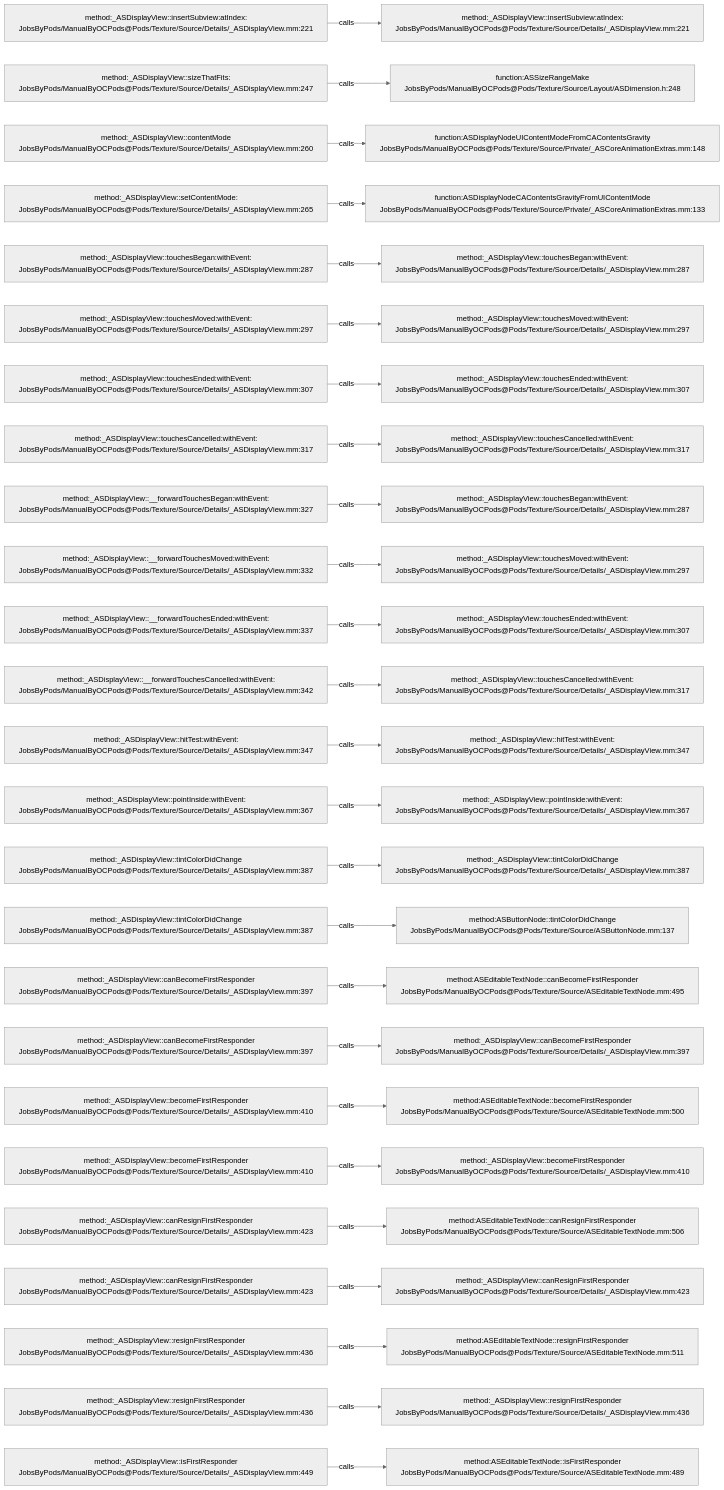
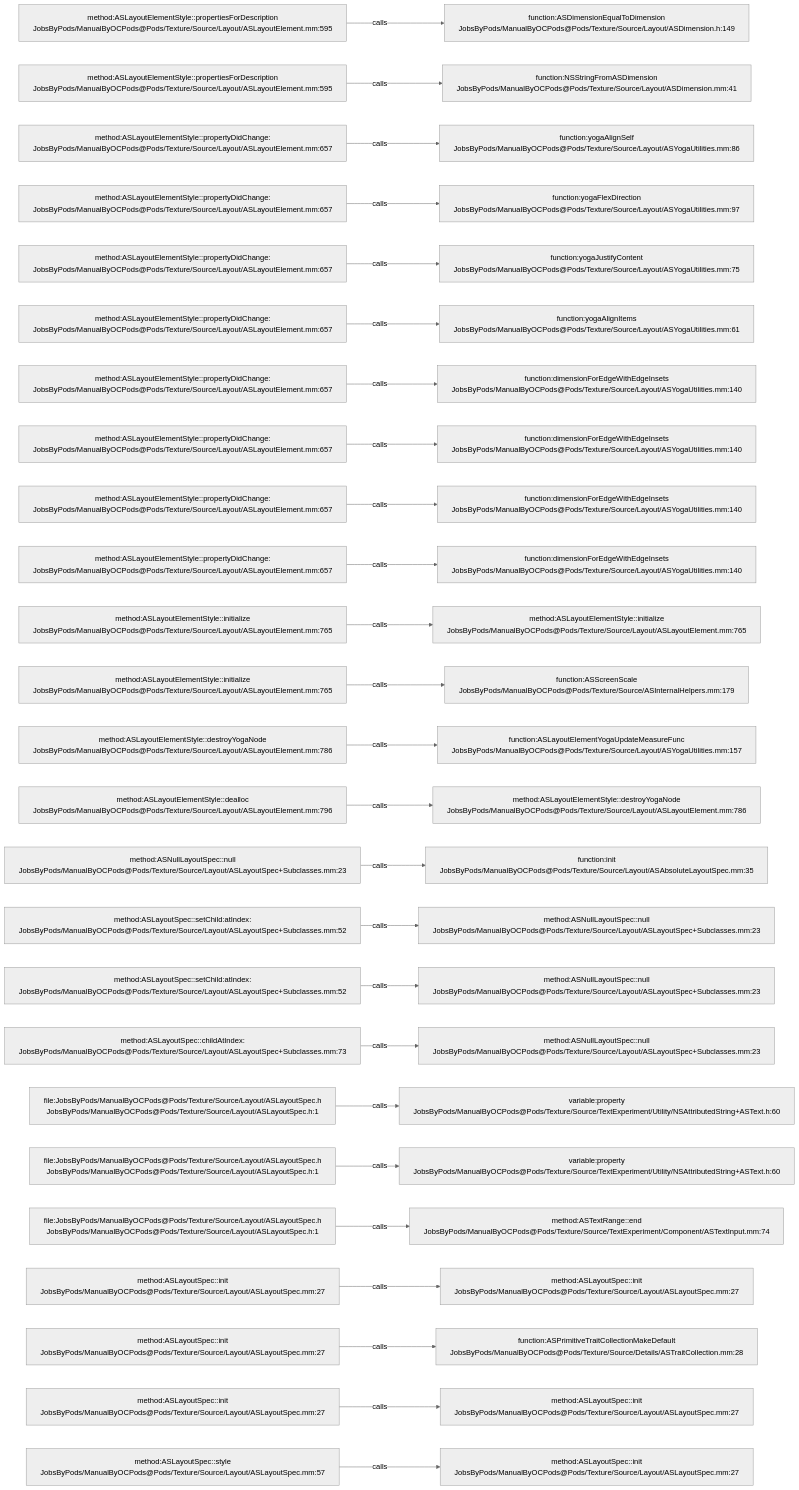
Before and after one commit to JobsKits/JobsOCBaseConfigDemo: the diagram in .codegraph/codegraph.md/graphs/calls-164.md, drawn with Mermaid (neutral theme). The commit also changed 2723 other files, not shown here.

````diff
--- a/.codegraph/codegraph.md/graphs/calls-164.md
+++ b/.codegraph/codegraph.md/graphs/calls-164.md
@@ -13,78 +13,78 @@
 ```mermaid
 flowchart LR
-  S1["method:_ASDisplayView::insertSubview:atIndex:<br/>JobsByPods/ManualByOCPods@Pods/Texture/Source/Details/_ASDisplayView.mm:221"]
-  T1["method:_ASDisplayView::insertSubview:atIndex:<br/>JobsByPods/ManualByOCPods@Pods/Texture/Source/Details/_ASDisplayView.mm:221"]
+  S1["method:ASLayoutElementStyle::propertiesForDescription<br/>JobsByPods/ManualByOCPods@Pods/Texture/Source/Layout/ASLayoutElement.mm:595"]
+  T1["function:ASDimensionEqualToDimension<br/>JobsByPods/ManualByOCPods@Pods/Texture/Source/Layout/ASDimension.h:149"]
   S1 -->|calls| T1
-  S2["method:_ASDisplayView::sizeThatFits:<br/>JobsByPods/ManualByOCPods@Pods/Texture/Source/Details/_ASDisplayView.mm:247"]
-  T2["function:ASSizeRangeMake<br/>JobsByPods/ManualByOCPods@Pods/Texture/Source/Layout/ASDimension.h:248"]
+  S2["method:ASLayoutElementStyle::propertiesForDescription<br/>JobsByPods/ManualByOCPods@Pods/Texture/Source/Layout/ASLayoutElement.mm:595"]
+  T2["function:NSStringFromASDimension<br/>JobsByPods/ManualByOCPods@Pods/Texture/Source/Layout/ASDimension.mm:41"]
   S2 -->|calls| T2
-  S3["method:_ASDisplayView::contentMode<br/>JobsByPods/ManualByOCPods@Pods/Texture/Source/Details/_ASDisplayView.mm:260"]
-  T3["function:ASDisplayNodeUIContentModeFromCAContentsGravity<br/>JobsByPods/ManualByOCPods@Pods/Texture/Source/Private/_ASCoreAnimationExtras.mm:148"]
+  S3["method:ASLayoutElementStyle::propertyDidChange:<br/>JobsByPods/ManualByOCPods@Pods/Texture/Source/Layout/ASLayoutElement.mm:657"]
+  T3["function:yogaAlignSelf<br/>JobsByPods/ManualByOCPods@Pods/Texture/Source/Layout/ASYogaUtilities.mm:86"]
   S3 -->|calls| T3
-  S4["method:_ASDisplayView::setContentMode:<br/>JobsByPods/ManualByOCPods@Pods/Texture/Source/Details/_ASDisplayView.mm:265"]
-  T4["function:ASDisplayNodeCAContentsGravityFromUIContentMode<br/>JobsByPods/ManualByOCPods@Pods/Texture/Source/Private/_ASCoreAnimationExtras.mm:133"]
+  S4["method:ASLayoutElementStyle::propertyDidChange:<br/>JobsByPods/ManualByOCPods@Pods/Texture/Source/Layout/ASLayoutElement.mm:657"]
+  T4["function:yogaFlexDirection<br/>JobsByPods/ManualByOCPods@Pods/Texture/Source/Layout/ASYogaUtilities.mm:97"]
   S4 -->|calls| T4
-  S5["method:_ASDisplayView::touchesBegan:withEvent:<br/>JobsByPods/ManualByOCPods@Pods/Texture/Source/Details/_ASDisplayView.mm:287"]
-  T5["method:_ASDisplayView::touchesBegan:withEvent:<br/>JobsByPods/ManualByOCPods@Pods/Texture/Source/Details/_ASDisplayView.mm:287"]
+  S5["method:ASLayoutElementStyle::propertyDidChange:<br/>JobsByPods/ManualByOCPods@Pods/Texture/Source/Layout/ASLayoutElement.mm:657"]
+  T5["function:yogaJustifyContent<br/>JobsByPods/ManualByOCPods@Pods/Texture/Source/Layout/ASYogaUtilities.mm:75"]
   S5 -->|calls| T5
-  S6["method:_ASDisplayView::touchesMoved:withEvent:<br/>JobsByPods/ManualByOCPods@Pods/Texture/Source/Details/_ASDisplayView.mm:297"]
-  T6["method:_ASDisplayView::touchesMoved:withEvent:<br/>JobsByPods/ManualByOCPods@Pods/Texture/Source/Details/_ASDisplayView.mm:297"]
+  S6["method:ASLayoutElementStyle::propertyDidChange:<br/>JobsByPods/ManualByOCPods@Pods/Texture/Source/Layout/ASLayoutElement.mm:657"]
+  T6["function:yogaAlignItems<br/>JobsByPods/ManualByOCPods@Pods/Texture/Source/Layout/ASYogaUtilities.mm:61"]
   S6 -->|calls| T6
-  S7["method:_ASDisplayView::touchesEnded:withEvent:<br/>JobsByPods/ManualByOCPods@Pods/Texture/Source/Details/_ASDisplayView.mm:307"]
-  T7["method:_ASDisplayView::touchesEnded:withEvent:<br/>JobsByPods/ManualByOCPods@Pods/Texture/Source/Details/_ASDisplayView.mm:307"]
+  S7["method:ASLayoutElementStyle::propertyDidChange:<br/>JobsByPods/ManualByOCPods@Pods/Texture/Source/Layout/ASLayoutElement.mm:657"]
+  T7["function:dimensionForEdgeWithEdgeInsets<br/>JobsByPods/ManualByOCPods@Pods/Texture/Source/Layout/ASYogaUtilities.mm:140"]
   S7 -->|calls| T7
-  S8["method:_ASDisplayView::touchesCancelled:withEvent:<br/>JobsByPods/ManualByOCPods@Pods/Texture/Source/Details/_ASDisplayView.mm:317"]
-  T8["method:_ASDisplayView::touchesCancelled:withEvent:<br/>JobsByPods/ManualByOCPods@Pods/Texture/Source/Details/_ASDisplayView.mm:317"]
+  S8["method:ASLayoutElementStyle::propertyDidChange:<br/>JobsByPods/ManualByOCPods@Pods/Texture/Source/Layout/ASLayoutElement.mm:657"]
+  T8["function:dimensionForEdgeWithEdgeInsets<br/>JobsByPods/ManualByOCPods@Pods/Texture/Source/Layout/ASYogaUtilities.mm:140"]
   S8 -->|calls| T8
-  S9["method:_ASDisplayView::__forwardTouchesBegan:withEvent:<br/>JobsByPods/ManualByOCPods@Pods/Texture/Source/Details/_ASDisplayView.mm:327"]
-  T9["method:_ASDisplayView::touchesBegan:withEvent:<br/>JobsByPods/ManualByOCPods@Pods/Texture/Source/Details/_ASDisplayView.mm:287"]
+  S9["method:ASLayoutElementStyle::propertyDidChange:<br/>JobsByPods/ManualByOCPods@Pods/Texture/Source/Layout/ASLayoutElement.mm:657"]
+  T9["function:dimensionForEdgeWithEdgeInsets<br/>JobsByPods/ManualByOCPods@Pods/Texture/Source/Layout/ASYogaUtilities.mm:140"]
   S9 -->|calls| T9
-  S10["method:_ASDisplayView::__forwardTouchesMoved:withEvent:<br/>JobsByPods/ManualByOCPods@Pods/Texture/Source/Details/_ASDisplayView.mm:332"]
-  T10["method:_ASDisplayView::touchesMoved:withEvent:<br/>JobsByPods/ManualByOCPods@Pods/Texture/Source/Details/_ASDisplayView.mm:297"]
+  S10["method:ASLayoutElementStyle::propertyDidChange:<br/>JobsByPods/ManualByOCPods@Pods/Texture/Source/Layout/ASLayoutElement.mm:657"]
+  T10["function:dimensionForEdgeWithEdgeInsets<br/>JobsByPods/ManualByOCPods@Pods/Texture/Source/Layout/ASYogaUtilities.mm:140"]
   S10 -->|calls| T10
-  S11["method:_ASDisplayView::__forwardTouchesEnded:withEvent:<br/>JobsByPods/ManualByOCPods@Pods/Texture/Source/Details/_ASDisplayView.mm:337"]
-  T11["method:_ASDisplayView::touchesEnded:withEvent:<br/>JobsByPods/ManualByOCPods@Pods/Texture/Source/Details/_ASDisplayView.mm:307"]
+  S11["method:ASLayoutElementStyle::initialize<br/>JobsByPods/ManualByOCPods@Pods/Texture/Source/Layout/ASLayoutElement.mm:765"]
+  T11["method:ASLayoutElementStyle::initialize<br/>JobsByPods/ManualByOCPods@Pods/Texture/Source/Layout/ASLayoutElement.mm:765"]
   S11 -->|calls| T11
-  S12["method:_ASDisplayView::__forwardTouchesCancelled:withEvent:<br/>JobsByPods/ManualByOCPods@Pods/Texture/Source/Details/_ASDisplayView.mm:342"]
-  T12["method:_ASDisplayView::touchesCancelled:withEvent:<br/>JobsByPods/ManualByOCPods@Pods/Texture/Source/Details/_ASDisplayView.mm:317"]
+  S12["method:ASLayoutElementStyle::initialize<br/>JobsByPods/ManualByOCPods@Pods/Texture/Source/Layout/ASLayoutElement.mm:765"]
+  T12["function:ASScreenScale<br/>JobsByPods/ManualByOCPods@Pods/Texture/Source/ASInternalHelpers.mm:179"]
   S12 -->|calls| T12
-  S13["method:_ASDisplayView::hitTest:withEvent:<br/>JobsByPods/ManualByOCPods@Pods/Texture/Source/Details/_ASDisplayView.mm:347"]
-  T13["method:_ASDisplayView::hitTest:withEvent:<br/>JobsByPods/ManualByOCPods@Pods/Texture/Source/Details/_ASDisplayView.mm:347"]
+  S13["method:ASLayoutElementStyle::destroyYogaNode<br/>JobsByPods/ManualByOCPods@Pods/Texture/Source/Layout/ASLayoutElement.mm:786"]
+  T13["function:ASLayoutElementYogaUpdateMeasureFunc<br/>JobsByPods/ManualByOCPods@Pods/Texture/Source/Layout/ASYogaUtilities.mm:157"]
   S13 -->|calls| T13
-  S14["method:_ASDisplayView::pointInside:withEvent:<br/>JobsByPods/ManualByOCPods@Pods/Texture/Source/Details/_ASDisplayView.mm:367"]
-  T14["method:_ASDisplayView::pointInside:withEvent:<br/>JobsByPods/ManualByOCPods@Pods/Texture/Source/Details/_ASDisplayView.mm:367"]
+  S14["method:ASLayoutElementStyle::dealloc<br/>JobsByPods/ManualByOCPods@Pods/Texture/Source/Layout/ASLayoutElement.mm:796"]
+  T14["method:ASLayoutElementStyle::destroyYogaNode<br/>JobsByPods/ManualByOCPods@Pods/Texture/Source/Layout/ASLayoutElement.mm:786"]
   S14 -->|calls| T14
-  S15["method:_ASDisplayView::tintColorDidChange<br/>JobsByPods/ManualByOCPods@Pods/Texture/Source/Details/_ASDisplayView.mm:387"]
-  T15["method:_ASDisplayView::tintColorDidChange<br/>JobsByPods/ManualByOCPods@Pods/Texture/Source/Details/_ASDisplayView.mm:387"]
+  S15["method:ASNullLayoutSpec::null<br/>JobsByPods/ManualByOCPods@Pods/Texture/Source/Layout/ASLayoutSpec+Subclasses.mm:23"]
+  T15["function:init<br/>JobsByPods/ManualByOCPods@Pods/Texture/Source/Layout/ASAbsoluteLayoutSpec.mm:35"]
   S15 -->|calls| T15
-  S16["method:_ASDisplayView::tintColorDidChange<br/>JobsByPods/ManualByOCPods@Pods/Texture/Source/Details/_ASDisplayView.mm:387"]
-  T16["method:ASButtonNode::tintColorDidChange<br/>JobsByPods/ManualByOCPods@Pods/Texture/Source/ASButtonNode.mm:137"]
+  S16["method:ASLayoutSpec::setChild:atIndex:<br/>JobsByPods/ManualByOCPods@Pods/Texture/Source/Layout/ASLayoutSpec+Subclasses.mm:52"]
+  T16["method:ASNullLayoutSpec::null<br/>JobsByPods/ManualByOCPods@Pods/Texture/Source/Layout/ASLayoutSpec+Subclasses.mm:23"]
   S16 -->|calls| T16
-  S17["method:_ASDisplayView::canBecomeFirstResponder<br/>JobsByPods/ManualByOCPods@Pods/Texture/Source/Details/_ASDisplayView.mm:397"]
-  T17["method:ASEditableTextNode::canBecomeFirstResponder<br/>JobsByPods/ManualByOCPods@Pods/Texture/Source/ASEditableTextNode.mm:495"]
+  S17["method:ASLayoutSpec::setChild:atIndex:<br/>JobsByPods/ManualByOCPods@Pods/Texture/Source/Layout/ASLayoutSpec+Subclasses.mm:52"]
+  T17["method:ASNullLayoutSpec::null<br/>JobsByPods/ManualByOCPods@Pods/Texture/Source/Layout/ASLayoutSpec+Subclasses.mm:23"]
   S17 -->|calls| T17
-  S18["method:_ASDisplayView::canBecomeFirstResponder<br/>JobsByPods/ManualByOCPods@Pods/Texture/Source/Details/_ASDisplayView.mm:397"]
-  T18["method:_ASDisplayView::canBecomeFirstResponder<br/>JobsByPods/ManualByOCPods@Pods/Texture/Source/Details/_ASDisplayView.mm:397"]
+  S18["method:ASLayoutSpec::childAtIndex:<br/>JobsByPods/ManualByOCPods@Pods/Texture/Source/Layout/ASLayoutSpec+Subclasses.mm:73"]
+  T18["method:ASNullLayoutSpec::null<br/>JobsByPods/ManualByOCPods@Pods/Texture/Source/Layout/ASLayoutSpec+Subclasses.mm:23"]
   S18 -->|calls| T18
-  S19["method:_ASDisplayView::becomeFirstResponder<br/>JobsByPods/ManualByOCPods@Pods/Texture/Source/Details/_ASDisplayView.mm:410"]
-  T19["method:ASEditableTextNode::becomeFirstResponder<br/>JobsByPods/ManualByOCPods@Pods/Texture/Source/ASEditableTextNode.mm:500"]
+  S19["file:JobsByPods/ManualByOCPods@Pods/Texture/Source/Layout/ASLayoutSpec.h<br/>JobsByPods/ManualByOCPods@Pods/Texture/Source/Layout/ASLayoutSpec.h:1"]
+  T19["variable:property<br/>JobsByPods/ManualByOCPods@Pods/Texture/Source/TextExperiment/Utility/NSAttributedString+ASText.h:60"]
   S19 -->|calls| T19
-  S20["method:_ASDisplayView::becomeFirstResponder<br/>JobsByPods/ManualByOCPods@Pods/Texture/Source/Details/_ASDisplayView.mm:410"]
-  T20["method:_ASDisplayView::becomeFirstResponder<br/>JobsByPods/ManualByOCPods@Pods/Texture/Source/Details/_ASDisplayView.mm:410"]
+  S20["file:JobsByPods/ManualByOCPods@Pods/Texture/Source/Layout/ASLayoutSpec.h<br/>JobsByPods/ManualByOCPods@Pods/Texture/Source/Layout/ASLayoutSpec.h:1"]
+  T20["variable:property<br/>JobsByPods/ManualByOCPods@Pods/Texture/Source/TextExperiment/Utility/NSAttributedString+ASText.h:60"]
   S20 -->|calls| T20
-  S21["method:_ASDisplayView::canResignFirstResponder<br/>JobsByPods/ManualByOCPods@Pods/Texture/Source/Details/_ASDisplayView.mm:423"]
-  T21["method:ASEditableTextNode::canResignFirstResponder<br/>JobsByPods/ManualByOCPods@Pods/Texture/Source/ASEditableTextNode.mm:506"]
+  S21["file:JobsByPods/ManualByOCPods@Pods/Texture/Source/Layout/ASLayoutSpec.h<br/>JobsByPods/ManualByOCPods@Pods/Texture/Source/Layout/ASLayoutSpec.h:1"]
+  T21["method:ASTextRange::end<br/>JobsByPods/ManualByOCPods@Pods/Texture/Source/TextExperiment/Component/ASTextInput.mm:74"]
   S21 -->|calls| T21
-  S22["method:_ASDisplayView::canResignFirstResponder<br/>JobsByPods/ManualByOCPods@Pods/Texture/Source/Details/_ASDisplayView.mm:423"]
-  T22["method:_ASDisplayView::canResignFirstResponder<br/>JobsByPods/ManualByOCPods@Pods/Texture/Source/Details/_ASDisplayView.mm:423"]
+  S22["method:ASLayoutSpec::init<br/>JobsByPods/ManualByOCPods@Pods/Texture/Source/Layout/ASLayoutSpec.mm:27"]
+  T22["method:ASLayoutSpec::init<br/>JobsByPods/ManualByOCPods@Pods/Texture/Source/Layout/ASLayoutSpec.mm:27"]
   S22 -->|calls| T22
-  S23["method:_ASDisplayView::resignFirstResponder<br/>JobsByPods/ManualByOCPods@Pods/Texture/Source/Details/_ASDisplayView.mm:436"]
-  T23["method:ASEditableTextNode::resignFirstResponder<br/>JobsByPods/ManualByOCPods@Pods/Texture/Source/ASEditableTextNode.mm:511"]
+  S23["method:ASLayoutSpec::init<br/>JobsByPods/ManualByOCPods@Pods/Texture/Source/Layout/ASLayoutSpec.mm:27"]
+  T23["function:ASPrimitiveTraitCollectionMakeDefault<br/>JobsByPods/ManualByOCPods@Pods/Texture/Source/Details/ASTraitCollection.mm:28"]
   S23 -->|calls| T23
-  S24["method:_ASDisplayView::resignFirstResponder<br/>JobsByPods/ManualByOCPods@Pods/Texture/Source/Details/_ASDisplayView.mm:436"]
-  T24["method:_ASDisplayView::resignFirstResponder<br/>JobsByPods/ManualByOCPods@Pods/Texture/Source/Details/_ASDisplayView.mm:436"]
+  S24["method:ASLayoutSpec::init<br/>JobsByPods/ManualByOCPods@Pods/Texture/Source/Layout/ASLayoutSpec.mm:27"]
+  T24["method:ASLayoutSpec::init<br/>JobsByPods/ManualByOCPods@Pods/Texture/Source/Layout/ASLayoutSpec.mm:27"]
   S24 -->|calls| T24
-  S25["method:_ASDisplayView::isFirstResponder<br/>JobsByPods/ManualByOCPods@Pods/Texture/Source/Details/_ASDisplayView.mm:449"]
-  T25["method:ASEditableTextNode::isFirstResponder<br/>JobsByPods/ManualByOCPods@Pods/Texture/Source/ASEditableTextNode.mm:489"]
+  S25["method:ASLayoutSpec::style<br/>JobsByPods/ManualByOCPods@Pods/Texture/Source/Layout/ASLayoutSpec.mm:57"]
+  T25["method:ASLayoutSpec::init<br/>JobsByPods/ManualByOCPods@Pods/Texture/Source/Layout/ASLayoutSpec.mm:27"]
   S25 -->|calls| T25
 ```
````
